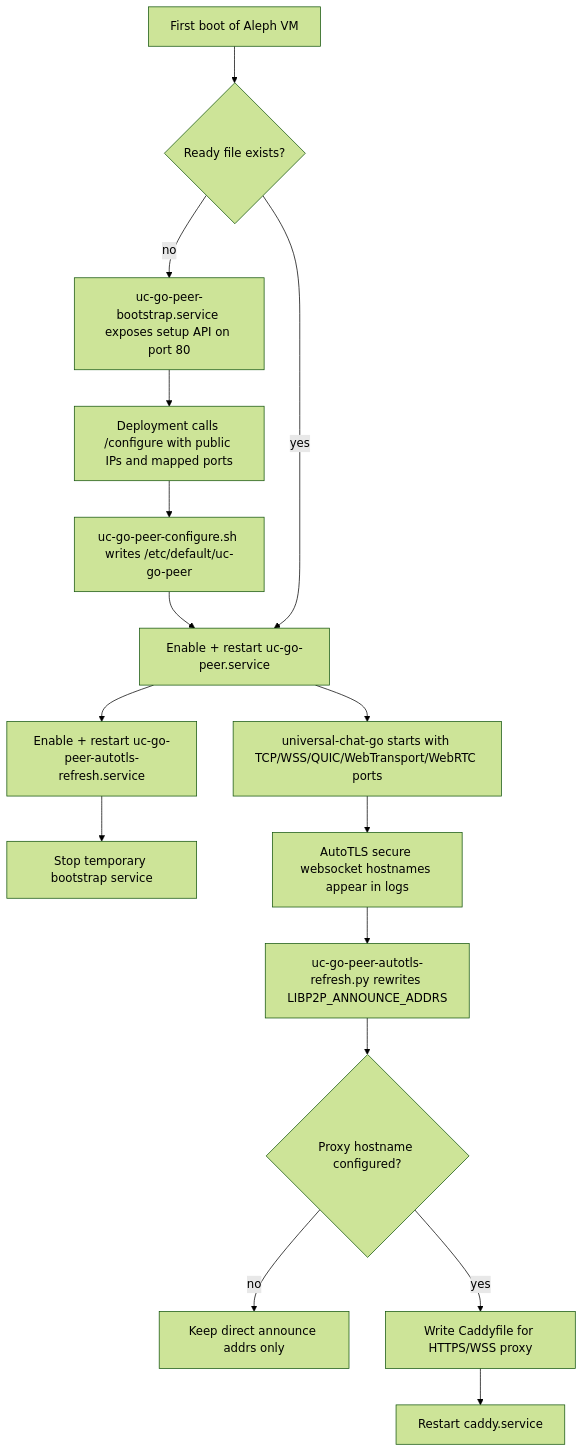
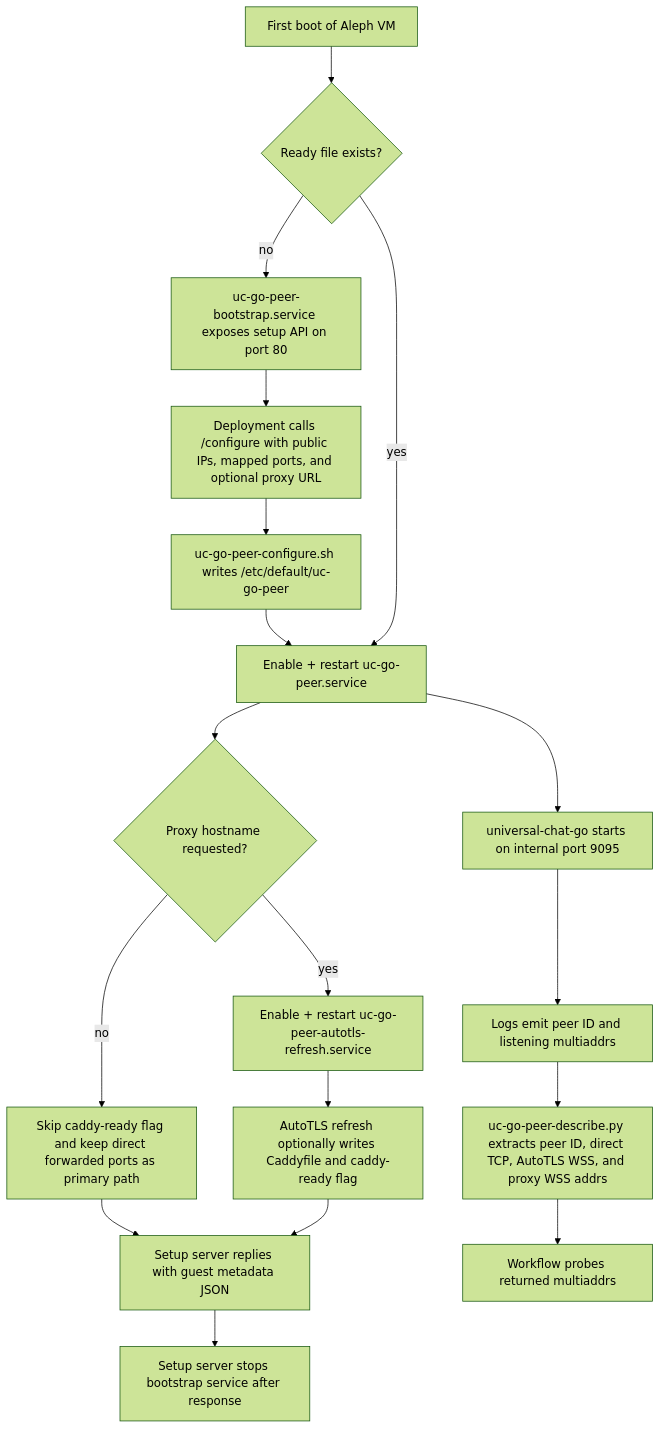
The fourth of 5 diagrams in go-peer/aleph/README.md (Le-Space/universal-connectivity), drawn with Mermaid (forest theme) before and after one commit. The commit also changed other lines of this file, not shown here.

Commit message:
docs: refresh Aleph workflow and VM diagrams

````diff
--- a/go-peer/aleph/README.md
+++ b/go-peer/aleph/README.md
@@ -139,20 +155,22 @@
 ```mermaid
 flowchart TD
     A[First boot of Aleph VM] --> B{Ready file exists?}
     B -- no --> C[uc-go-peer-bootstrap.service exposes setup API on port 80]
-    C --> D[Deployment calls /configure with public IPs and mapped ports]
+    C --> D[Deployment calls /configure with public IPs, mapped ports, and optional proxy URL]
     D --> E[uc-go-peer-configure.sh writes /etc/default/uc-go-peer]
     E --> F[Enable + restart uc-go-peer.service]
-    F --> G[Enable + restart uc-go-peer-autotls-refresh.service]
-    G --> H[Stop temporary bootstrap service]
+    F --> G{Proxy hostname requested?}
+    G -- no --> H[Skip caddy-ready flag and keep direct forwarded ports as primary path]
+    G -- yes --> I[Enable + restart uc-go-peer-autotls-refresh.service]
+    I --> J[AutoTLS refresh optionally writes Caddyfile and caddy-ready flag]
+    H --> K[Setup server replies with guest metadata JSON]
+    J --> K
+    K --> L[Setup server stops bootstrap service after response]
 
     B -- yes --> F
 
-    F --> I[universal-chat-go starts with TCP/WSS/QUIC/WebTransport/WebRTC ports]
-    I --> J[AutoTLS secure websocket hostnames appear in logs]
-    J --> K[uc-go-peer-autotls-refresh.py rewrites LIBP2P_ANNOUNCE_ADDRS]
-    K --> L{Proxy hostname configured?}
-    L -- no --> M[Keep direct announce addrs only]
-    L -- yes --> N[Write Caddyfile for HTTPS/WSS proxy]
-    N --> O[Restart caddy.service]
+    F --> M[universal-chat-go starts on internal port 9095]
+    M --> N[Logs emit peer ID and listening multiaddrs]
+    N --> O[uc-go-peer-describe.py extracts peer ID, direct TCP, AutoTLS WSS, and proxy WSS addrs]
+    O --> P[Workflow probes returned multiaddrs]
 ```
````
